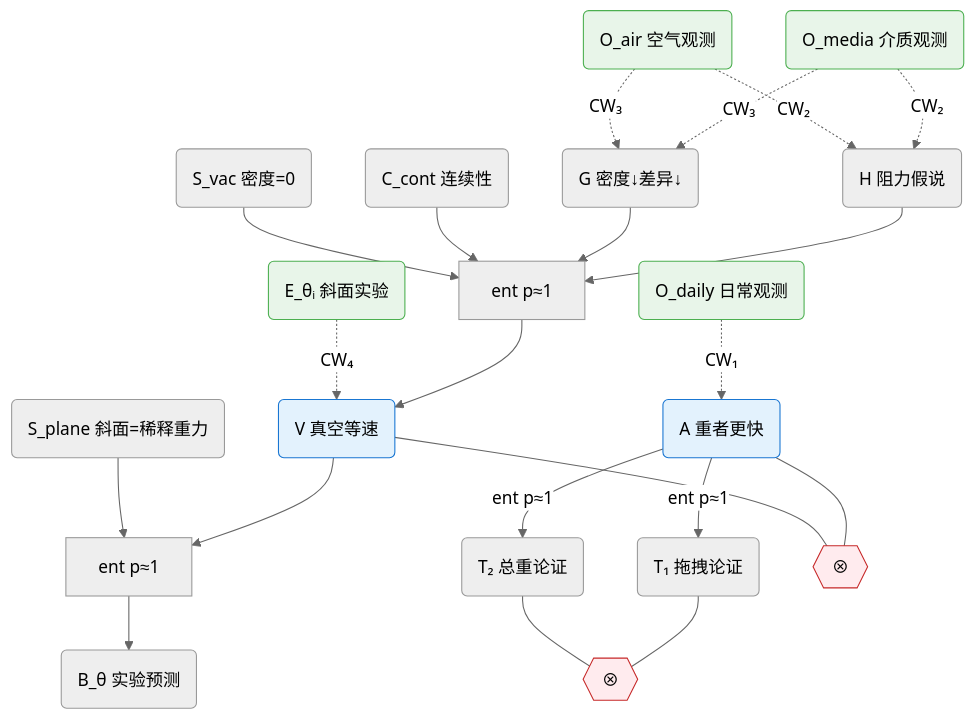
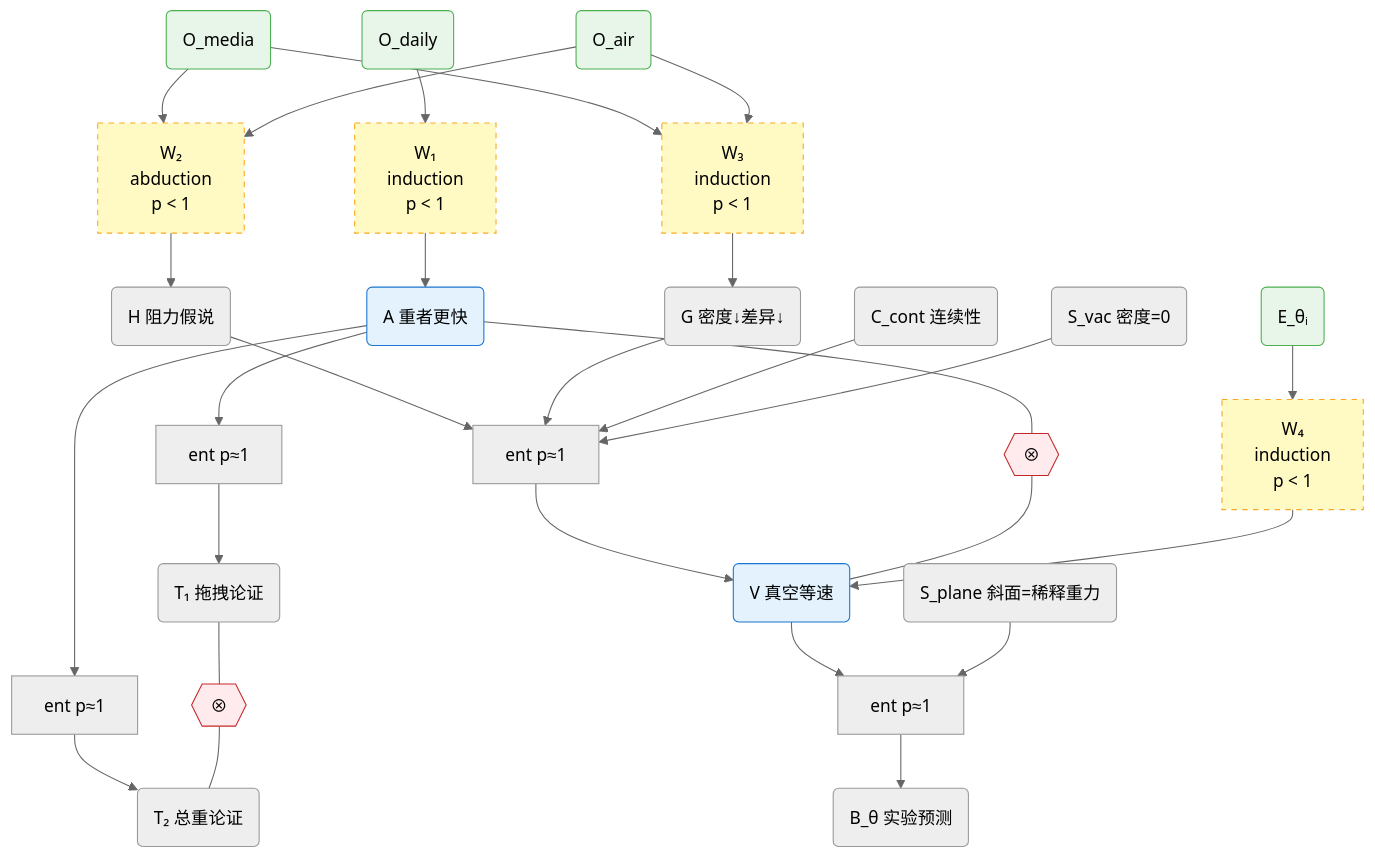
One commit to SiliconEinstein/Gaia changed the fourth of 10 diagrams in docs/foundations/theory/science-formalization.md. Above: the diagram before and after it, drawn with Mermaid (neutral theme). The commit also changed other lines of this file, not shown here.

First line of the commit message:
docs: rename context weakpoint → weakpoint, add tables per conclusion, fix factor nodes

````diff
--- a/docs/foundations/theory/science-formalization.md
+++ b/docs/foundations/theory/science-formalization.md
@@ -240,38 +243,36 @@
 ```mermaid
 graph TD
     %% Path 1: Media → Vacuum
     H("H 阻力假说") --> f1["ent p≈1"]
     G("G 密度↓差异↓") --> f1
     Ccont("C_cont 连续性") --> f1
     Svac("S_vac 密度=0") --> f1
     f1 --> V("V 真空等速")
 
     %% Path 2: Inclined plane
     V --> f2["ent p≈1"]
     Splane("S_plane 斜面=稀释重力") --> f2
     f2 --> Btheta("B_θ 实验预测")
 
     %% Logic path: Refute A
-    A("A 重者更快") -->|"ent p≈1"| T1("T₁ 拖拽论证")
-    A -->|"ent p≈1"| T2("T₂ 总重论证")
-    T1 --- contra1{{"⊗"}}
-    T2 --- contra1
+    A("A 重者更快") --> fA1["ent p≈1"] --> T1("T₁ 拖拽论证")
+    A --> fA2["ent p≈1"] --> T2("T₂ 总重论证")
+    T1 --- contra1{{"⊗"}}:::contra --- T2
 
     %% Constraint: A vs V
-    A --- contra2{{"⊗"}}
-    V --- contra2
+    A --- contra2{{"⊗"}}:::contra --- V
 
-    %% Context weakpoints (dashed = not yet decomposed)
-    Odaily("O_daily 日常观测"):::obs -.->|"CW₁"| A
-    Omedia("O_media 介质观测"):::obs -.->|"CW₂"| H
-    Oair("O_air 空气观测"):::obs -.->|"CW₂"| H
-    Omedia -.->|"CW₃"| G
-    Oair -.->|"CW₃"| G
-    Etheta("E_θᵢ 斜面实验"):::obs -.->|"CW₄"| V
+    %% Weakpoints as factor nodes (p < 1, to be decomposed)
+    Odaily("O_daily"):::obs --> w1["W₁<br/>induction<br/>p < 1"]:::weak --> A
+    Omedia("O_media"):::obs --> w2["W₂<br/>abduction<br/>p < 1"]:::weak --> H
+    Oair("O_air"):::obs --> w2
+    Omedia --> w3["W₃<br/>induction<br/>p < 1"]:::weak --> G
+    Oair --> w3
+    Etheta("E_θᵢ"):::obs --> w4["W₄<br/>induction<br/>p < 1"]:::weak --> V
 
     classDef obs fill:#e8f5e9,stroke:#4caf50
     classDef concl fill:#e3f2fd,stroke:#1976d2
     classDef contra fill:#ffebee,stroke:#c62828
+    classDef weak fill:#fff9c4,stroke:#f9a825,stroke-dasharray: 5 5
     class A,V concl
-    class contra1,contra2 contra
 ```
````
